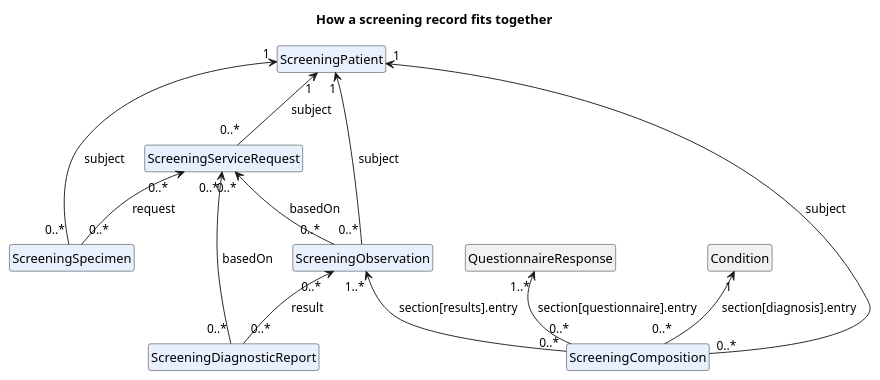
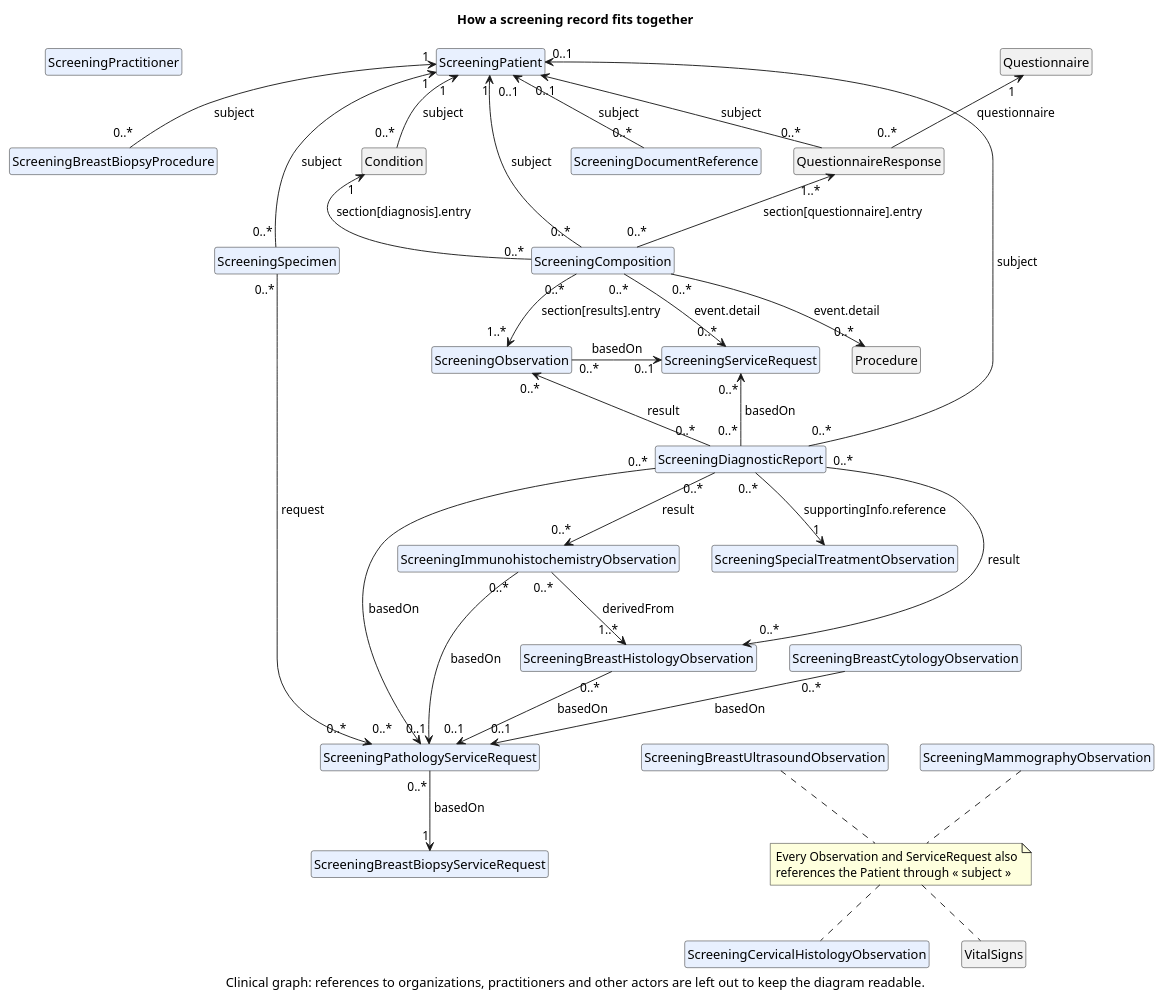
One commit to uzinfocom-org/digital-health-integration changed the diagram in input/images-source/screening-model-en.plantuml. Above: the diagram before and after it, drawn with PlantUML. The commit also changed 29 other files, not shown here.

Commit message:
Integration diagrams: all profiles, clinical graph

```diff
--- a/input/images-source/screening-model-en.plantuml
+++ b/input/images-source/screening-model-en.plantuml
@@ -1,27 +1,77 @@
 @startuml screening-model-en
 hide circle
 hide empty members
 title How a screening record fits together
 
 class ScreeningPatient [[StructureDefinition-screening-patient.html{Open the ScreeningPatient profile}]] #E8F0FE
+class ScreeningPractitioner [[StructureDefinition-screening-practitioner.html{Open the ScreeningPractitioner profile}]] #E8F0FE
+class ScreeningComposition [[StructureDefinition-screening-composition.html{Open the ScreeningComposition profile}]] #E8F0FE
+class ScreeningDocumentReference [[StructureDefinition-screening-document-reference.html{Open the ScreeningDocumentReference profile}]] #E8F0FE
+class ScreeningDiagnosticReport [[StructureDefinition-screening-diagnostic-report.html{Open the ScreeningDiagnosticReport profile}]] #E8F0FE
 class ScreeningServiceRequest [[StructureDefinition-screening-service-request.html{Open the ScreeningServiceRequest profile}]] #E8F0FE
+class ScreeningBreastBiopsyServiceRequest [[StructureDefinition-screening-breast-biopsy-service-request.html{Open the ScreeningBreastBiopsyServiceRequest profile}]] #E8F0FE
+class ScreeningPathologyServiceRequest [[StructureDefinition-screening-pathology-service-request.html{Open the ScreeningPathologyServiceRequest profile}]] #E8F0FE
+class ScreeningBreastBiopsyProcedure [[StructureDefinition-screening-breast-biopsy-procedure.html{Open the ScreeningBreastBiopsyProcedure profile}]] #E8F0FE
 class ScreeningSpecimen [[StructureDefinition-screening-specimen.html{Open the ScreeningSpecimen profile}]] #E8F0FE
 class ScreeningObservation [[StructureDefinition-screening-observation.html{Open the ScreeningObservation profile}]] #E8F0FE
-class ScreeningDiagnosticReport [[StructureDefinition-screening-diagnostic-report.html{Open the ScreeningDiagnosticReport profile}]] #E8F0FE
-class ScreeningComposition [[StructureDefinition-screening-composition.html{Open the ScreeningComposition profile}]] #E8F0FE
+class ScreeningMammographyObservation [[StructureDefinition-screening-mammography-observation.html{Open the ScreeningMammographyObservation profile}]] #E8F0FE
+class ScreeningBreastUltrasoundObservation [[StructureDefinition-screening-breast-ultrasound-observation.html{Open the ScreeningBreastUltrasoundObservation profile}]] #E8F0FE
+class ScreeningBreastCytologyObservation [[StructureDefinition-screening-breast-cytology-observation.html{Open the ScreeningBreastCytologyObservation profile}]] #E8F0FE
+class ScreeningBreastHistologyObservation [[StructureDefinition-screening-breast-histology-observation.html{Open the ScreeningBreastHistologyObservation profile}]] #E8F0FE
+class ScreeningCervicalHistologyObservation [[StructureDefinition-screening-cervical-histology-observation.html{Open the ScreeningCervicalHistologyObservation profile}]] #E8F0FE
+class ScreeningImmunohistochemistryObservation [[StructureDefinition-screening-immunohistochemistry-observation.html{Open the ScreeningImmunohistochemistryObservation profile}]] #E8F0FE
+class ScreeningSpecialTreatmentObservation [[StructureDefinition-screening-special-treatment-observation.html{Open the ScreeningSpecialTreatmentObservation profile}]] #E8F0FE
+class VitalSigns [[https://hl7.org/fhir/observation-vitalsigns.html{Open the FHIR vital signs profiles}]]
+class Condition [[https://dhp.uz/fhir/core/StructureDefinition-uz-core-condition.html{Open the UZ Core Condition profile}]]
+class Procedure [[https://dhp.uz/fhir/core/StructureDefinition-uz-core-procedure.html{Open the UZ Core Procedure profile}]]
 class QuestionnaireResponse [[https://dhp.uz/fhir/core/StructureDefinition-uz-core-questionnaire-response.html{Open the UZ Core QuestionnaireResponse profile}]]
-class Condition [[https://dhp.uz/fhir/core/StructureDefinition-uz-core-condition.html{Open the UZ Core Condition profile}]]
+class Questionnaire [[https://dhp.uz/fhir/core/StructureDefinition-uz-core-questionnaire.html{Open the UZ Core Questionnaire profile}]]
 
-ScreeningPatient "1" <-- "0..*" ScreeningServiceRequest : « subject »
+ScreeningPatient "0..1" <-- "0..*" QuestionnaireResponse : « subject »
+Questionnaire "1" <-- "0..*" QuestionnaireResponse : « questionnaire »
+ScreeningPatient "1" <-- "0..*" Condition : « subject »
+ScreeningPatient "0..1" <-- "0..*" ScreeningDocumentReference : « subject »
+ScreeningPatient "1" <-- "0..*" ScreeningBreastBiopsyProcedure : « subject »
+
+QuestionnaireResponse "1..*" <-- "0..*" ScreeningComposition : « section[questionnaire].entry »
+Condition "1" <-- "0..*" ScreeningComposition : « section[diagnosis].entry »
+ScreeningPatient "1" <-- "0..*" ScreeningComposition : « subject »
 ScreeningPatient "1" <-- "0..*" ScreeningSpecimen : « subject »
-ScreeningPatient "1" <-- "0..*" ScreeningObservation : « subject »
-ScreeningPatient "1" <-- "0..*" ScreeningComposition : « subject »
-ScreeningServiceRequest "0..*" <-- "0..*" ScreeningSpecimen : « request »
-ScreeningServiceRequest "0..*" <-- "0..*" ScreeningObservation : « basedOn »
+ScreeningPatient "0..1" <-- "0..*" ScreeningDiagnosticReport : « subject »
+
+ScreeningComposition "0..*" --> "0..*" Procedure : « event.detail »
+ScreeningComposition "0..*" --> "1..*" ScreeningObservation : « section[results].entry »
+ScreeningComposition "0..*" --> "0..*" ScreeningServiceRequest : « event.detail »
+ScreeningObservation "0..*" -right-> "0..1" ScreeningServiceRequest : « basedOn »
+ScreeningObservation "0..*" <-- "0..*" ScreeningDiagnosticReport : « result »
 ScreeningServiceRequest "0..*" <-- "0..*" ScreeningDiagnosticReport : « basedOn »
-ScreeningObservation "0..*" <-- "0..*" ScreeningDiagnosticReport : « result »
-ScreeningObservation "1..*" <-- "0..*" ScreeningComposition : « section[results].entry »
-Condition "1" <-- "0..*" ScreeningComposition : « section[diagnosis].entry »
-QuestionnaireResponse "1..*" <-- "0..*" ScreeningComposition : « section[questionnaire].entry »
+ScreeningDiagnosticReport "0..*" --> "1" ScreeningSpecialTreatmentObservation : « supportingInfo.reference »
+
+ScreeningDiagnosticReport "0..*" --> "0..*" ScreeningImmunohistochemistryObservation : « result »
+ScreeningDiagnosticReport "0..*" --> "0..*" ScreeningBreastHistologyObservation : « result »
+ScreeningImmunohistochemistryObservation "0..*" --> "1..*" ScreeningBreastHistologyObservation : « derivedFrom »
+' trailing spaces keep this multiplicity clear of the one below it
+ScreeningDiagnosticReport "0..*" --> "0..*      " ScreeningPathologyServiceRequest : « basedOn »
+ScreeningImmunohistochemistryObservation "0..*" --> "0..1" ScreeningPathologyServiceRequest : « basedOn »
+ScreeningBreastHistologyObservation "0..*" --> "0..1" ScreeningPathologyServiceRequest : « basedOn »
+ScreeningBreastCytologyObservation "0..*" --> "0..1" ScreeningPathologyServiceRequest : « basedOn »
+ScreeningSpecimen "0..*" --> "0..*" ScreeningPathologyServiceRequest : « request »
+ScreeningPathologyServiceRequest "0..*" --> "1" ScreeningBreastBiopsyServiceRequest : « basedOn »
+
+note "Every Observation and ServiceRequest also\nreferences the Patient through « subject »" as N1
+ScreeningMammographyObservation .. N1
+ScreeningBreastUltrasoundObservation .. N1
+N1 .. ScreeningCervicalHistologyObservation
+N1 .. VitalSigns
+
+' layout: keep the page column narrow by pushing the specimen a
+' rank down and stacking the patient-only results around the note
+ScreeningBreastBiopsyProcedure -[hidden]down- ScreeningSpecimen
+ScreeningObservation -[hidden]right- Procedure
+ScreeningPractitioner -[hidden]down- ScreeningBreastBiopsyProcedure
+ScreeningBreastCytologyObservation -[hidden]down- ScreeningMammographyObservation
+ScreeningBreastCytologyObservation -[hidden]down- ScreeningBreastUltrasoundObservation
+
+caption Clinical graph: references to organizations, practitioners and other actors are left out to keep the diagram readable.
 
 @enduml
```
